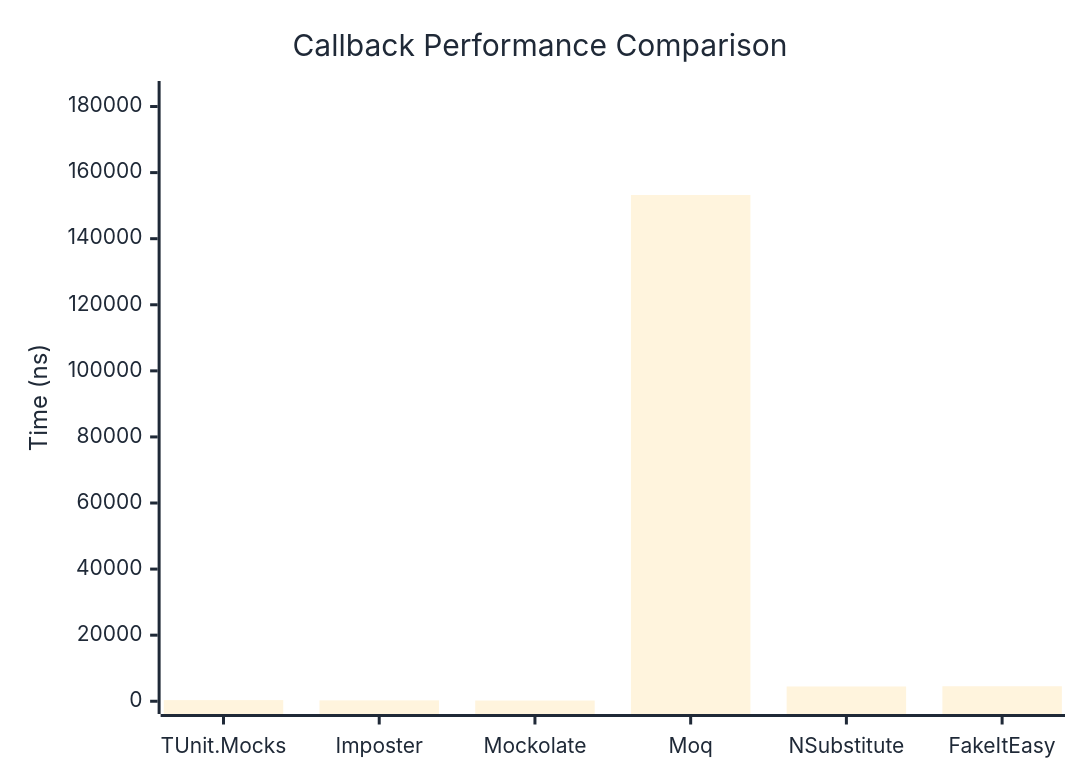
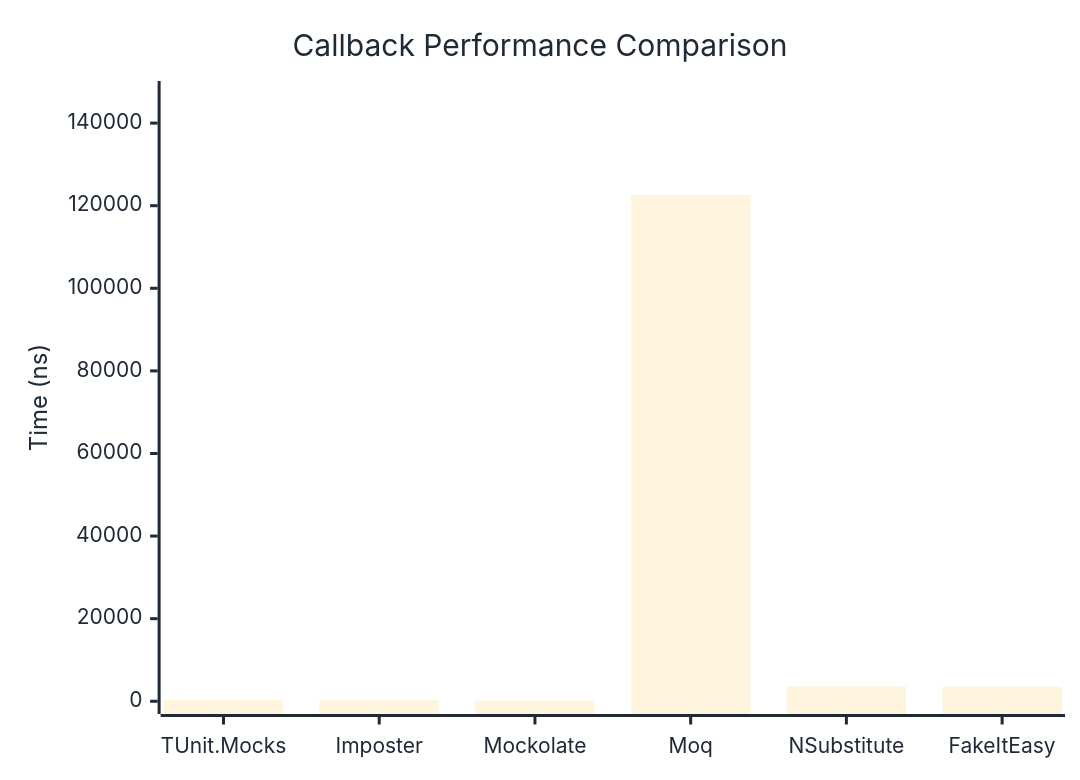
The first of 2 diagrams in docs/docs/benchmarks/mocks/Callback.md (thomhurst/TUnit), drawn with Mermaid before and after one commit. The commit also changed other lines of this file and 14 other files, not shown here.

````diff
--- a/docs/docs/benchmarks/mocks/Callback.md
+++ b/docs/docs/benchmarks/mocks/Callback.md
@@ -30,27 +30,27 @@
 ```mermaid
 %%{init: {
   'theme':'base',
   'themeVariables': {
     'primaryColor': '#2563eb',
     'primaryTextColor': '#1f2937',
     'primaryBorderColor': '#1e40af',
     'lineColor': '#6b7280',
     'secondaryColor': '#7c3aed',
     'tertiaryColor': '#dc2626',
     'background': '#ffffff',
     'pie1': '#2563eb',
     'pie2': '#7c3aed',
     'pie3': '#dc2626',
     'pie4': '#f59e0b',
     'pie5': '#10b981',
     'pie6': '#06b6d4',
     'pie7': '#ec4899',
     'pie8': '#6366f1'
   }
 }}%%
 xychart-beta
   title "Callback Performance Comparison"
   x-axis ["TUnit.Mocks", "Imposter", "Mockolate", "Moq", "NSubstitute", "FakeItEasy"]
-  y-axis "Time (ns)" 0 --> 183868
-  bar [350.7, 268.5, 218.4, 153222.8, 4471, 4542.6]
+  y-axis "Time (ns)" 0 --> 147110
+  bar [285.5, 206.1, 174.7, 122591.3, 3597.2, 3572.5]
 ```
````
